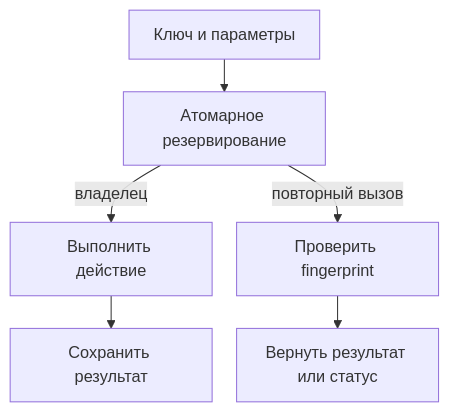
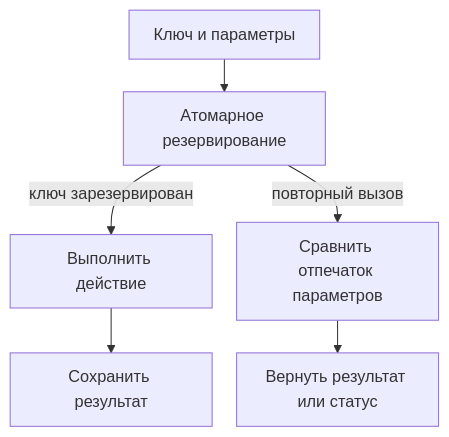
Before and after one commit to bedrock-python/bedrock-python.github.io: the diagram in translations/ru/blog/posts/2026-09-13-idempotency-in-apis-and-background-jobs.md, drawn with Mermaid. The commit also changed other lines of this file and 24 other files, not shown here.

````diff
--- a/translations/ru/blog/posts/2026-09-13-idempotency-in-apis-and-background-jobs.md
+++ b/translations/ru/blog/posts/2026-09-13-idempotency-in-apis-and-background-jobs.md
@@ -45,25 +45,25 @@
 ```mermaid
 ---
 config:
   theme: default
   look: classic
   flowchart:
     useMaxWidth: false
     wrappingWidth: 150
     padding: 12
     nodeSpacing: 24
     rankSpacing: 32
 ---
 flowchart TD
     accTitle: Ключ резервируется до действия
-    accDescr: Победитель атомарного резервирования выполняет действие. Повтор проверяет параметры и получает сохранённый результат либо состояние выполнения.
+    accDescr: Операцию выполняет запрос, которому удалось зарезервировать ключ. При повторе проверяются параметры и возвращается готовый результат или текущее состояние.
     A["Ключ и параметры"]
     B["Атомарное резервирование"]
     C["Выполнить действие"]
     D["Сохранить результат"]
-    E["Проверить fingerprint"]
+    E["Сравнить отпечаток параметров"]
     F["Вернуть результат или статус"]
     A --> B
-    B -->|"владелец"| C --> D
+    B -->|"ключ зарезервирован"| C --> D
     B -->|"повторный вызов"| E --> F
 ```
````
